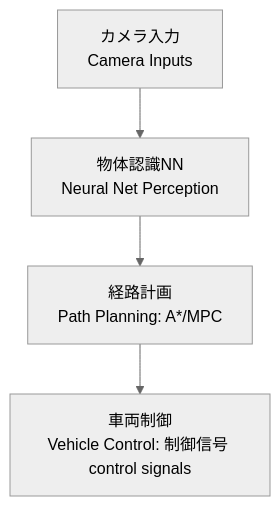
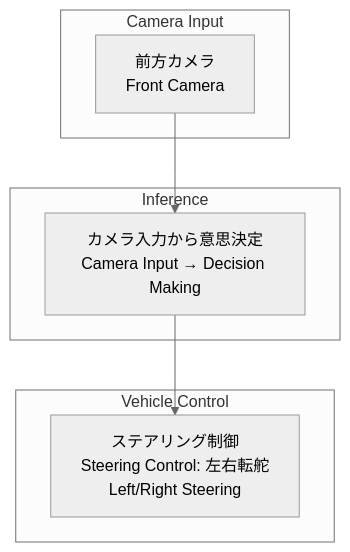
Before and after one commit to kodai-n11qbb/TeslaFSD-Emu: the diagram in mmds/system.mmd, drawn with Mermaid (neutral theme). The commit also changed 2 other files, not shown here.

Commit message:
Update system diagram and add repository design philosophy
- Simplify system.mmd to focus on 3 key elements: camera input, inference, vehicle control
- Add repository usage comments in mermaid file
- Update README with design philosophy: simple repository relations, lightweight, clear structure

```diff
--- a/mmds/system.mmd
+++ b/mmds/system.mmd
@@ -1,4 +1,21 @@
 flowchart TD
-    A[カメラ入力<br/>Camera Inputs] --> B[物体認識NN<br/>Neural Net Perception]
-    B --> C[経路計画<br/>Path Planning: A*/MPC]
-    C --> D[車両制御<br/>Vehicle Control: 制御信号 control signals]
+    subgraph カメラ入力 [Camera Input]
+        A[前方カメラ<br/>Front Camera]
+    end
+    
+    subgraph 推論 [Inference]
+        B[カメラ入力から意思決定<br/>Camera Input → Decision Making]
+    end
+    
+    subgraph 車両制御 [Vehicle Control]
+        C[ステアリング制御<br/>Steering Control: 左右転舵<br/>Left/Right Steering]
+    end
+    
+    A --> B
+    B --> C
+
+%% リポジトリ使用状況メモ
+%% Camera Input     : cam2webrtc
+%% Inference        : 
+%% Vehicle Control  : 
+%% other            : 
```
